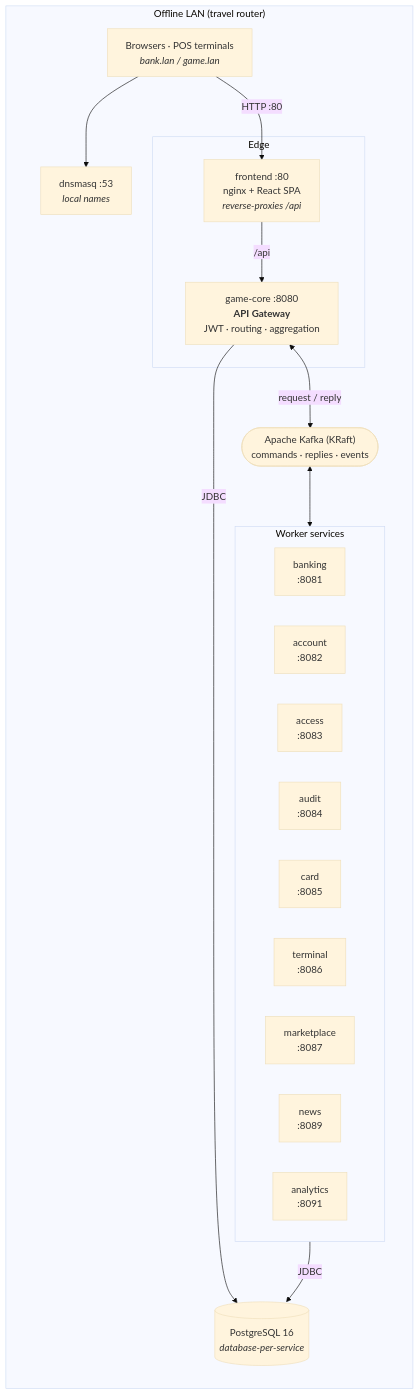
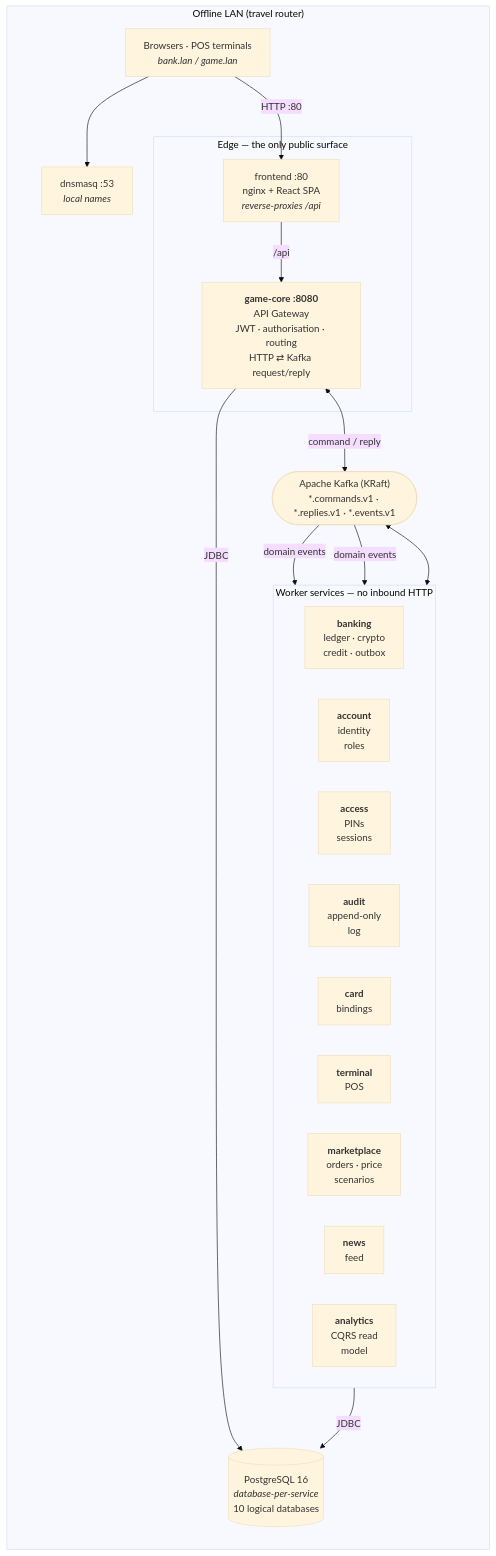
One commit to Andrew97422/cyberpunk-economy changed the first of 2 diagrams in README.md. Above: the diagram before and after it, drawn with Mermaid (base theme). The commit also changed other lines of this file and 1 other file, not shown here.

````diff
--- a/README.md
+++ b/README.md
@@ -53,38 +50,40 @@
 ```mermaid
 flowchart TB
     subgraph LAN["Offline LAN (travel router)"]
         direction TB
         B["Browsers · POS terminals<br/><i>bank.lan / game.lan</i>"]
         DNS["dnsmasq :53<br/><i>local names</i>"]
 
-        subgraph EDGE["Edge"]
+        subgraph EDGE["Edge — the only public surface"]
             FE["frontend :80<br/>nginx + React SPA<br/><i>reverse-proxies /api</i>"]
-            GW["game-core :8080<br/><b>API Gateway</b><br/>JWT · routing · aggregation"]
+            GW["<b>game-core :8080</b><br/>API Gateway<br/>JWT · authorisation · routing<br/>HTTP ⇄ Kafka request/reply"]
         end
 
-        K(["Apache Kafka (KRaft)<br/>commands · replies · events"])
+        K(["Apache Kafka (KRaft)<br/>*.commands.v1 · *.replies.v1 · *.events.v1"])
 
-        subgraph W["Worker services"]
+        subgraph W["Worker services — no inbound HTTP"]
             direction LR
-            BANK["banking<br/>:8081"]
-            ACC["account<br/>:8082"]
-            ACS["access<br/>:8083"]
-            AUD["audit<br/>:8084"]
-            CARD["card<br/>:8085"]
-            TERM["terminal<br/>:8086"]
-            MKT["marketplace<br/>:8087"]
-            NEWS["news<br/>:8089"]
-            ANA["analytics<br/>:8091"]
+            BANK["<b>banking</b><br/>ledger · crypto<br/>credit · outbox"]
+            ACC["<b>account</b><br/>identity<br/>roles"]
+            ACS["<b>access</b><br/>PINs<br/>sessions"]
+            AUD["<b>audit</b><br/>append-only<br/>log"]
+            CARD["<b>card</b><br/>bindings"]
+            TERM["<b>terminal</b><br/>POS"]
+            MKT["<b>marketplace</b><br/>orders · price<br/>scenarios"]
+            NEWS["<b>news</b><br/>feed"]
+            ANA["<b>analytics</b><br/>CQRS read<br/>model"]
         end
 
-        PG[("PostgreSQL 16<br/><i>database-per-service</i>")]
+        PG[("PostgreSQL 16<br/><i>database-per-service</i><br/>10 logical databases")]
     end
 
     B --> DNS
     B -->|HTTP :80| FE
     FE -->|/api| GW
-    GW <-->|request / reply| K
+    GW <-->|command / reply| K
+    K -->|domain events| ANA
+    K -->|domain events| AUD
     K <--> W
     W -->|JDBC| PG
     GW -->|JDBC| PG
 ```
````
